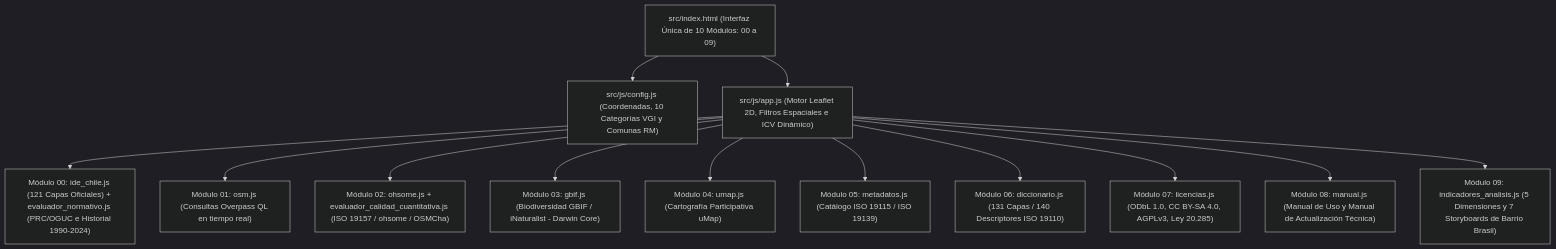
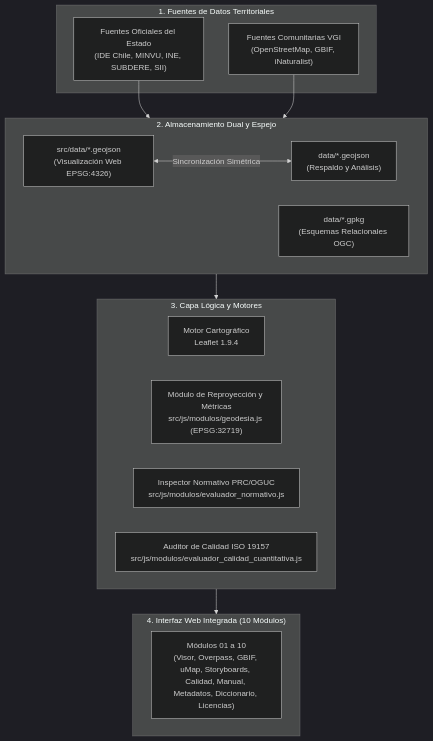
Before and after one commit to GEOJOTA/atlas_vgi_territorial: the diagram in PROTOCOL_INTEGRIDAD_Y_DESPLIEGUE.md, drawn with Mermaid (dark theme). The commit also changed other lines of this file and 23 other files, not shown here.

Commit message:
docs: reescribir documentacion integral de alta calidad, eliminar analisis de html, simplificar geodesia a configuracion y centralizar operaciones en manual de actualizacion

````diff
--- a/PROTOCOL_INTEGRIDAD_Y_DESPLIEGUE.md
+++ b/PROTOCOL_INTEGRIDAD_Y_DESPLIEGUE.md
@@ -172,20 +91,29 @@
 ```mermaid
 flowchart TD
-    UI["src/index.html (Interfaz Única de 10 Módulos: 00 a 09)"]
-    CFG["src/js/config.js (Coordenadas, 10 Categorías VGI y Comunas RM)"]
-    APP["src/js/app.js (Motor Leaflet 2D, Filtros Espaciales e ICV Dinámico)"]
-    
-    UI --> CFG
-    UI --> APP
-    
-    APP --> M00["Módulo 00: ide_chile.js (121 Capas Oficiales) + evaluador_normativo.js (PRC/OGUC e Historial 1990-2024)"]
-    APP --> M01["Módulo 01: osm.js (Consultas Overpass QL en tiempo real)"]
-    APP --> M02["Módulo 02: ohsome.js + evaluador_calidad_cuantitativa.js (ISO 19157 / ohsome / OSMCha)"]
-    APP --> M03["Módulo 03: gbif.js (Biodiversidad GBIF / iNaturalist - Darwin Core)"]
-    APP --> M04["Módulo 04: umap.js (Cartografía Participativa uMap)"]
-    APP --> M05["Módulo 05: metadatos.js (Catálogo ISO 19115 / ISO 19139)"]
-    APP --> M06["Módulo 06: diccionario.js (131 Capas / 140 Descriptores ISO 19110)"]
-    APP --> M07["Módulo 07: licencias.js (ODbL 1.0, CC BY-SA 4.0, AGPLv3, Ley 20.285)"]
-    APP --> M08["Módulo 08: manual.js (Manual de Uso y Manual de Actualización Técnica)"]
-    APP --> M09["Módulo 09: indicadores_analisis.js (5 Dimensiones y 7 Storyboards de Barrio Brasil)"]
+    subgraph Fuentes ["1. Fuentes de Datos Territoriales"]
+        A1["Fuentes Oficiales del Estado<br/>(IDE Chile, MINVU, INE, SUBDERE, SII)"]
+        A2["Fuentes Comunitarias VGI<br/>(OpenStreetMap, GBIF, iNaturalist)"]
+    end
+
+    subgraph Almacenamiento ["2. Almacenamiento Dual y Espejo"]
+        B1["src/data/*.geojson<br/>(Visualización Web EPSG:4326)"]
+        B2["data/*.geojson<br/>(Respaldo y Análisis)"]
+        B3["data/*.gpkg<br/>(Esquemas Relacionales OGC)"]
+        B1 <-->|Sincronización Simétrica| B2
+    end
+
+    subgraph Logica ["3. Capa Lógica y Motores"]
+        C1["Motor Cartográfico<br/>Leaflet 1.9.4"]
+        C2["Módulo de Reproyección y Métricas<br/>src/js/modulos/geodesia.js (EPSG:32719)"]
+        C3["Inspector Normativo PRC/OGUC<br/>src/js/modulos/evaluador_normativo.js"]
+        C4["Auditor de Calidad ISO 19157<br/>src/js/modulos/evaluador_calidad_cuantitativa.js"]
+    end
+
+    subgraph UI ["4. Interfaz Web Integrada (10 Módulos)"]
+        D1["Módulos 01 a 10<br/>(Visor, Overpass, GBIF, uMap, Storyboards, Calidad, Manual, Metadatos, Diccionario, Licencias)"]
+    end
+
+    A1 & A2 --> Almacenamiento
+    Almacenamiento --> Logica
+    Logica --> UI
 ```
````
